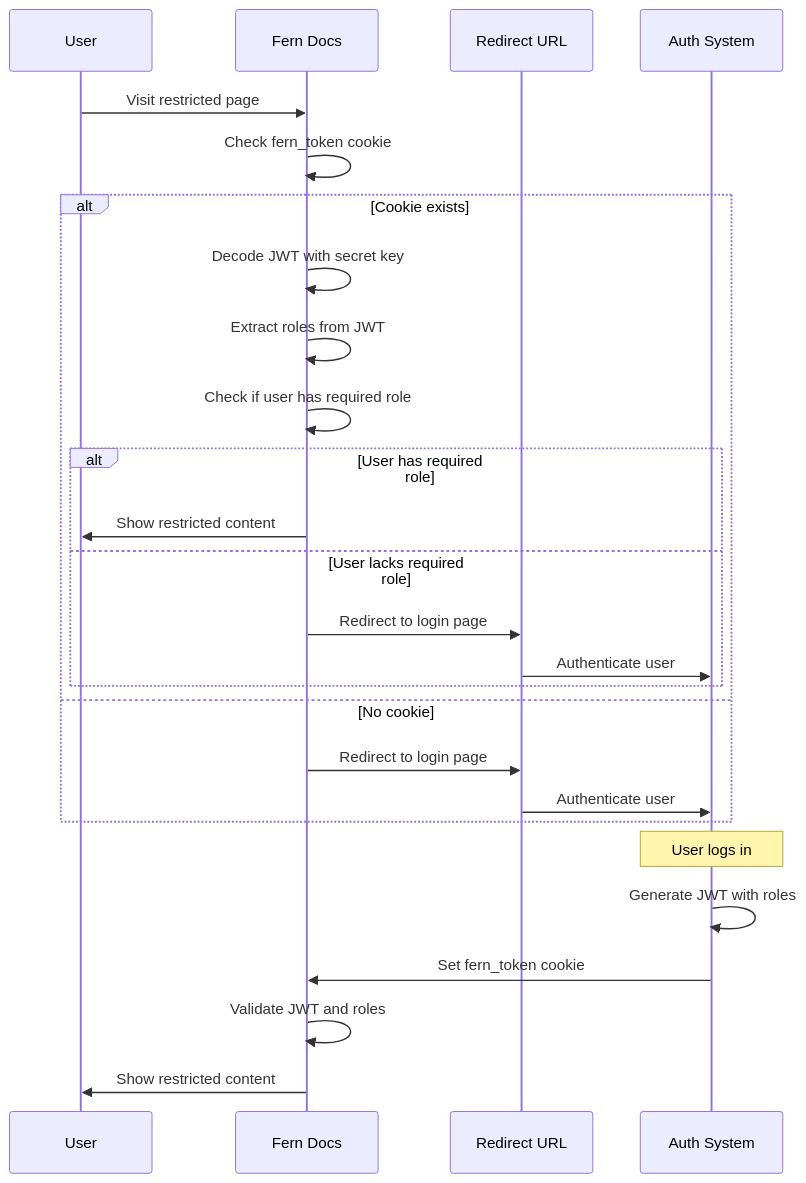
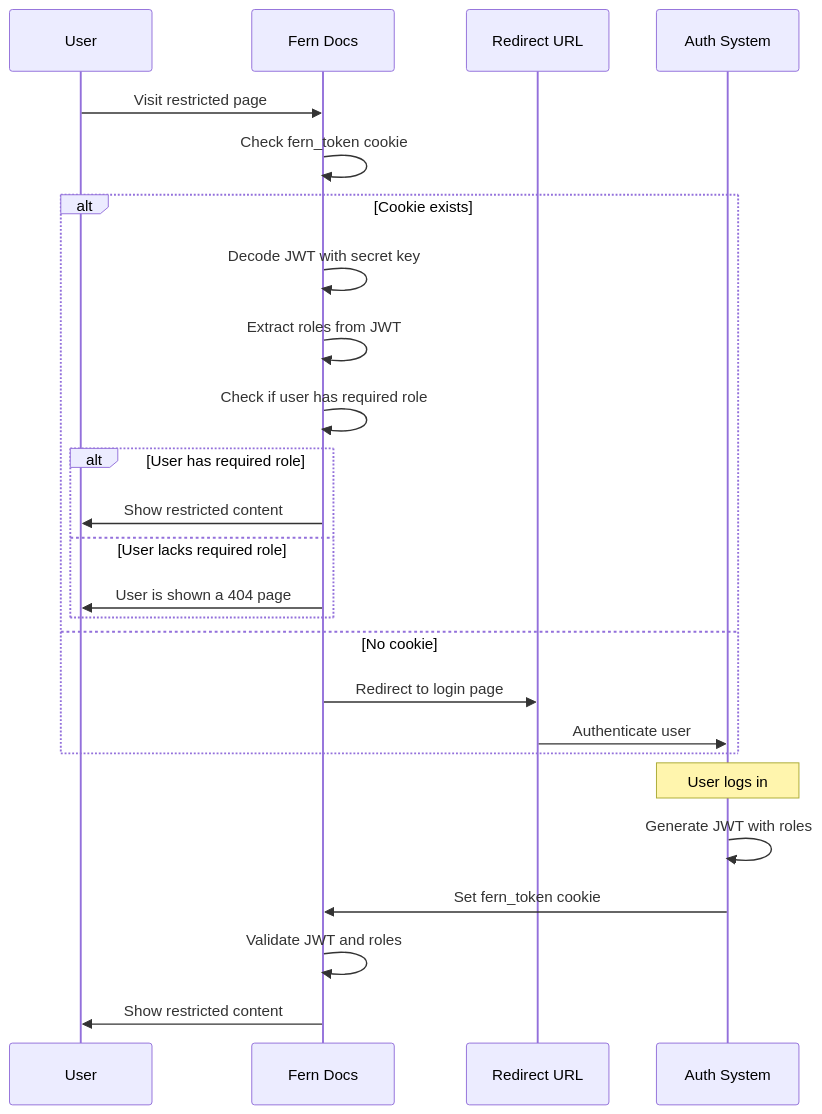
The diagram in fern/products/docs/pages/authentication/rbac.mdx (ml-241/docs), drawn with Mermaid before and after one commit.

Commit message:
chore: update rbac 404 (#90)

````diff
--- a/fern/products/docs/pages/authentication/rbac.mdx
+++ b/fern/products/docs/pages/authentication/rbac.mdx
@@ -31,33 +31,32 @@
 ```mermaid
 sequenceDiagram
     participant U as User
     participant F as Fern Docs
     participant R as Redirect URL
     participant A as Auth System
 
     U->>F: Visit restricted page
     F->>F: Check fern_token cookie
     
     alt Cookie exists
         F->>F: Decode JWT with secret key
         F->>F: Extract roles from JWT
         F->>F: Check if user has required role
         
         alt User has required role
             F->>U: Show restricted content
         else User lacks required role
-            F->>R: Redirect to login page
-            R->>A: Authenticate user
+            F->>U: User is shown a 404 page
         end
     else No cookie
         F->>R: Redirect to login page
         R->>A: Authenticate user
     end
     
     Note over A: User logs in
     
     A->>A: Generate JWT with roles
     A->>F: Set fern_token cookie
     F->>F: Validate JWT and roles
     F->>U: Show restricted content
 ```
````
